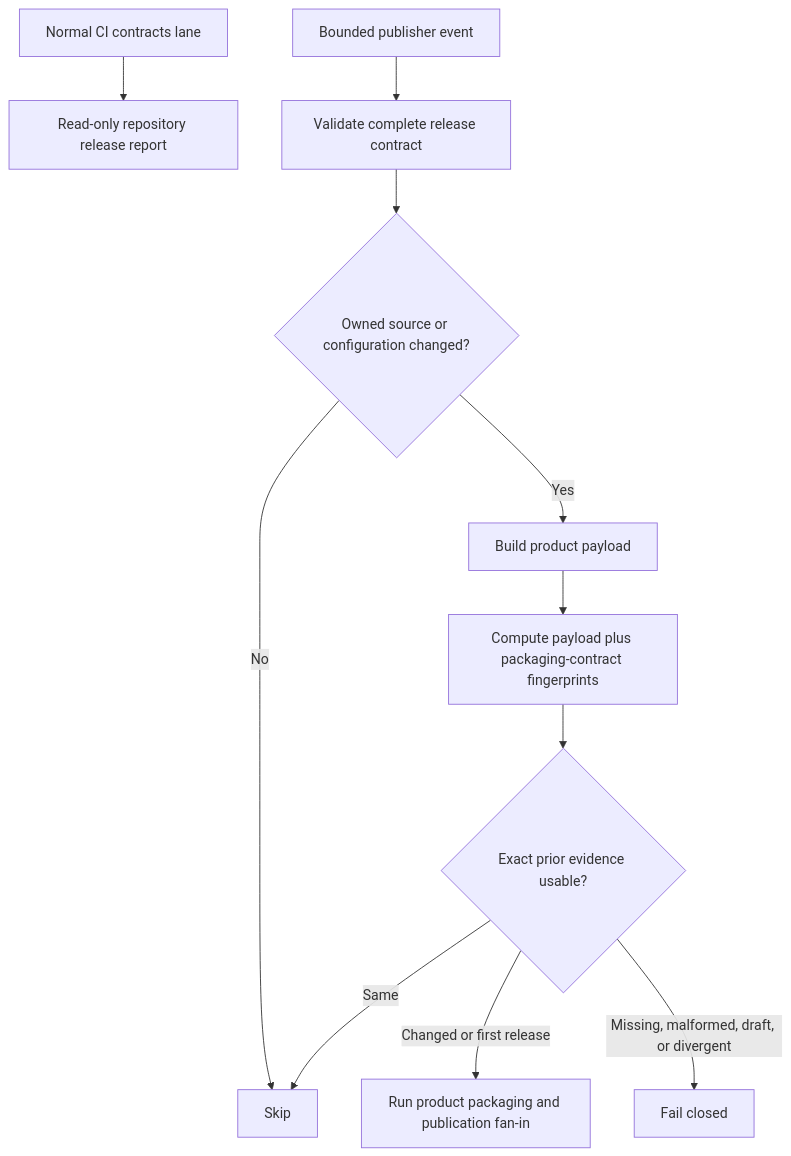
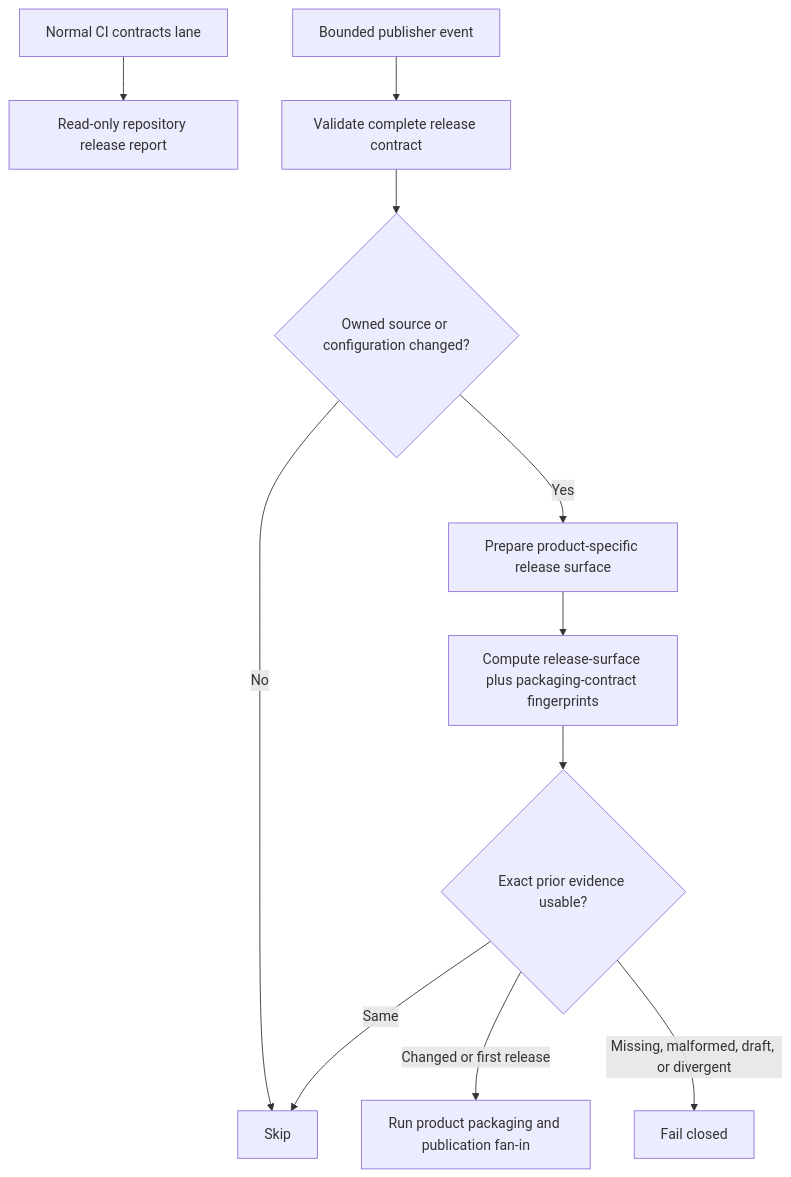
Before and after one commit to supermarsx/standard-red-notes: the diagram in docs/ci-production-gates.md, drawn with Mermaid. The commit also changed other lines of this file and 5 other files, not shown here.

````diff
--- a/docs/ci-production-gates.md
+++ b/docs/ci-production-gates.md
@@ -44,13 +55,13 @@
 ```mermaid
 flowchart TD
   C[Normal CI contracts lane] --> R[Read-only repository release report]
   E[Bounded publisher event] --> V[Validate complete release contract]
   V --> I{Owned source or configuration changed?}
   I -- No --> S[Skip]
-  I -- Yes --> B[Build product payload]
-  B --> F[Compute payload plus packaging-contract fingerprints]
+  I -- Yes --> B[Prepare product-specific release surface]
+  B --> F[Compute release-surface plus packaging-contract fingerprints]
   F --> P{Exact prior evidence usable?}
   P -- Same --> S
   P -- Changed or first release --> U[Run product packaging and publication fan-in]
   P -- Missing, malformed, draft, or divergent --> X[Fail closed]
 ```
````
